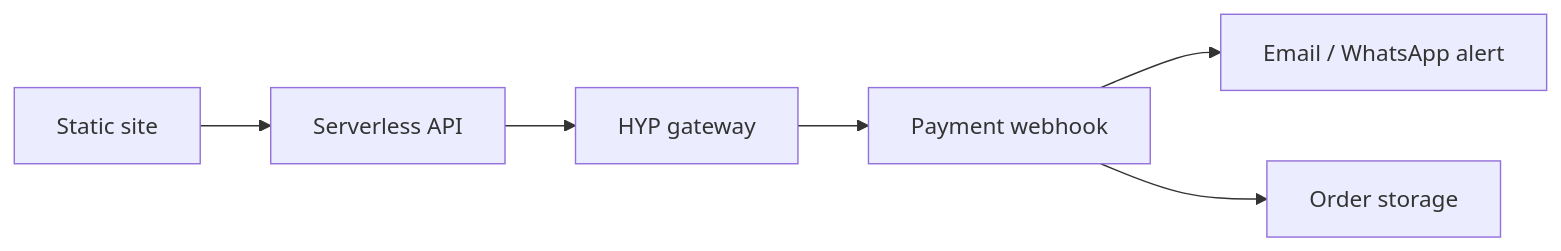
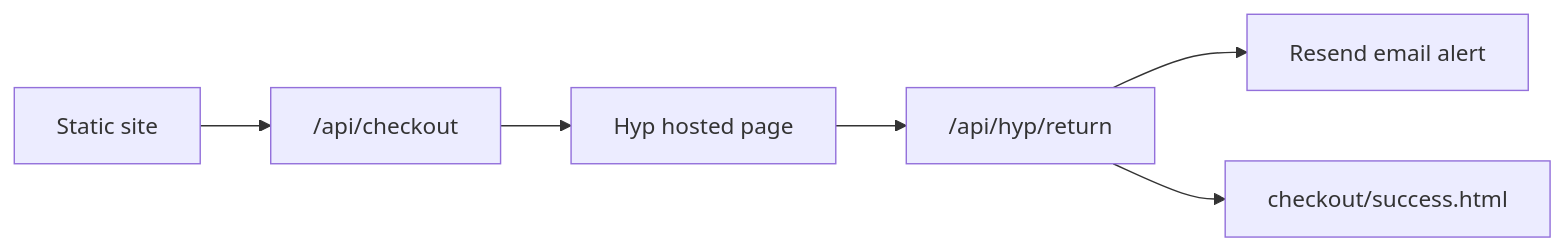
The diagram in docs/HYP-INTEGRATION.md (faresfaresCS/fares-website), drawn with Mermaid before and after one commit. The commit also changed other lines of this file and 19 other files, not shown here.

First line of the commit message:
Prepare for Hyp Pay: OG assets, API scaffold, and prep docs.

````diff
--- a/docs/HYP-INTEGRATION.md
+++ b/docs/HYP-INTEGRATION.md
@@ -14,8 +18,8 @@
 ```mermaid
 flowchart LR
-  Site[Static site] --> API[Serverless API]
-  API --> HYP[HYP gateway]
-  HYP --> Webhook[Payment webhook]
-  Webhook --> Notify[Email / WhatsApp alert]
-  Webhook --> Orders[Order storage]
+  Site[Static site] --> API["/api/checkout"]
+  API --> Hyp[Hyp hosted page]
+  Hyp --> Return["/api/hyp/return"]
+  Return --> Email[Resend email alert]
+  Return --> Success[checkout/success.html]
 ```
````
